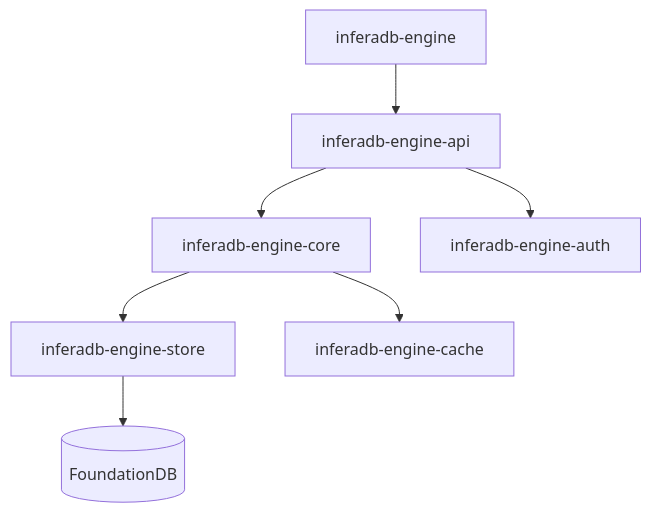
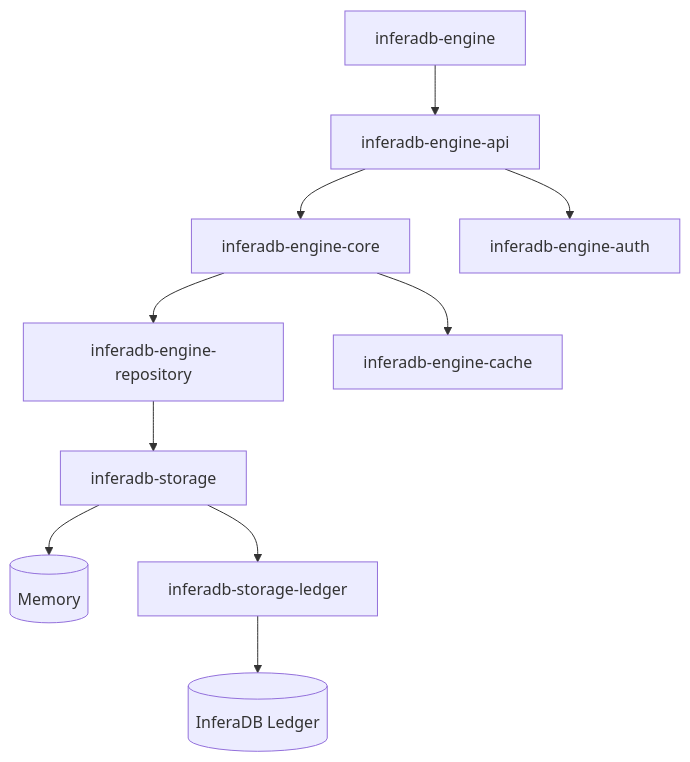
Before and after one commit to inferadb/engine: the diagram in README.md, drawn with Mermaid. The commit also changed other lines of this file and 65 other files, not shown here.

````diff
--- a/README.md
+++ b/README.md
@@ -71,9 +71,12 @@
 ```mermaid
 graph TD
     Bin[inferadb-engine] --> API[inferadb-engine-api]
     API --> Core[inferadb-engine-core]
     API --> Auth[inferadb-engine-auth]
-    Core --> Store[inferadb-engine-store]
+    Core --> Repo[inferadb-engine-repository]
     Core --> Cache[inferadb-engine-cache]
-    Store --> FDB[(FoundationDB)]
+    Repo --> Storage[inferadb-storage]
+    Storage --> Memory[(Memory)]
+    Storage --> StorageLedger[inferadb-storage-ledger]
+    StorageLedger --> Ledger[(InferaDB Ledger)]
 ```
````
